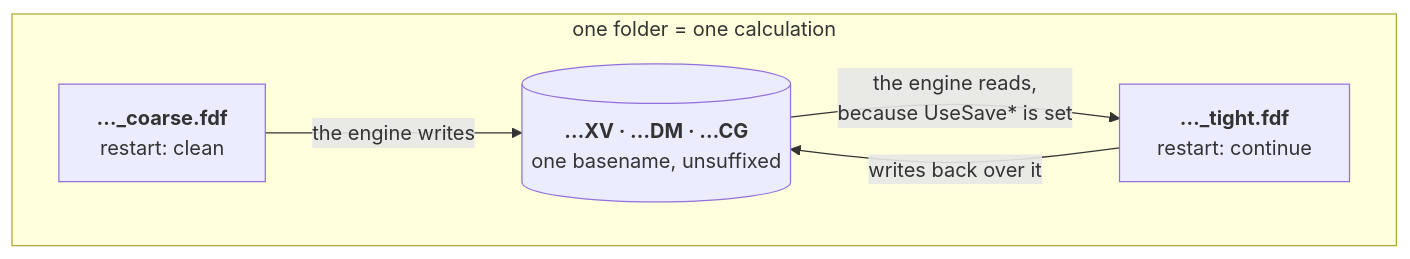
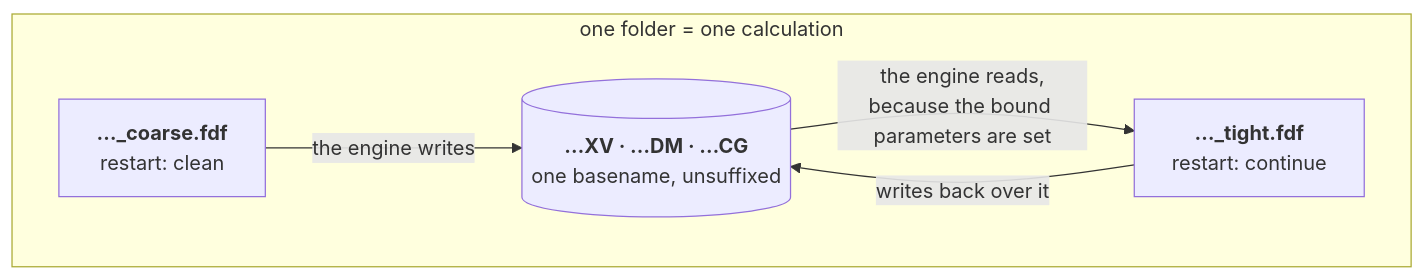
Before and after one commit to Qing-LAB/molbuilder: the first of 2 diagrams in docs/web/staged-runs-architecture.md, drawn with Mermaid. The commit also changed other lines of this file and 5 other files, not shown here.

````diff
--- a/docs/web/staged-runs-architecture.md
+++ b/docs/web/staged-runs-architecture.md
@@ -696,12 +94,12 @@
 ```mermaid
 flowchart LR
     subgraph F["one folder = one calculation"]
       direction LR
       C["<b>…_coarse.fdf</b><br/>restart: clean"]
       W[("<b>…XV · …DM · …CG</b><br/>one basename, unsuffixed")]
       T["<b>…_tight.fdf</b><br/>restart: continue"]
     end
     C -->|"the engine writes"| W
-    W -->|"the engine reads,<br/>because UseSave* is set"| T
+    W -->|"the engine reads,<br/>because the bound parameters are set"| T
     T -->|"writes back over it"| W
 ```
````
